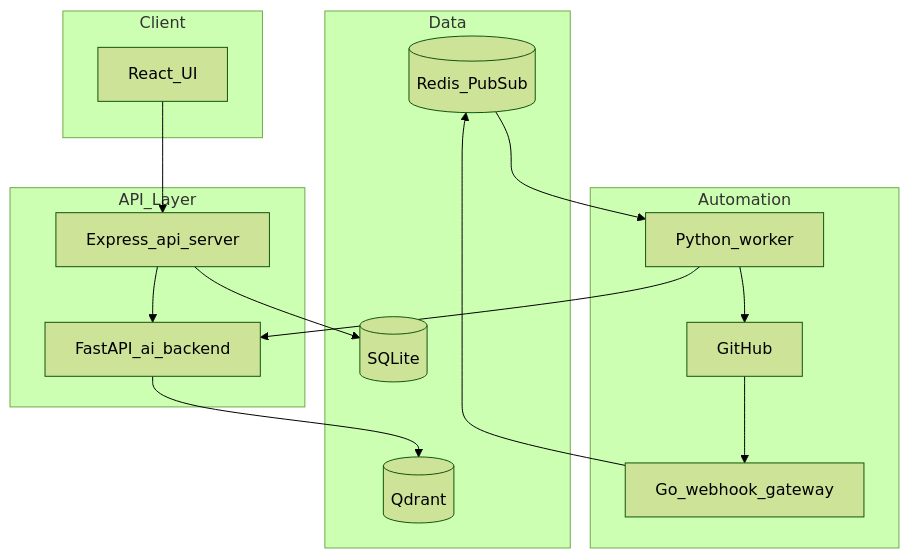
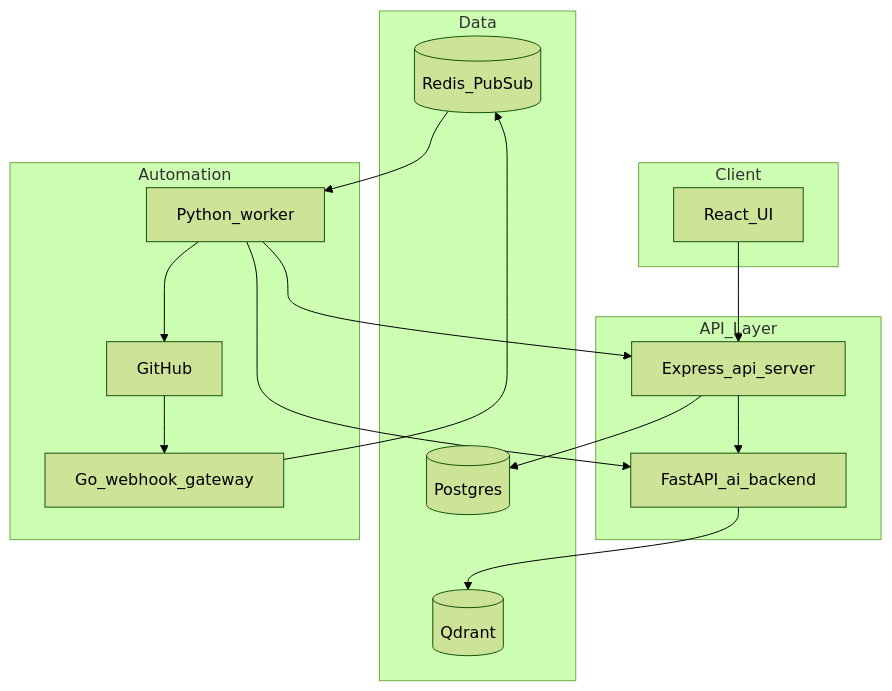
The first of 3 diagrams in ARCHITECTURE.md (shashank3876/Dev-Mind), drawn with Mermaid (forest theme) before and after one commit. The commit also changed other lines of this file and 34 other files, not shown here.

````diff
--- a/ARCHITECTURE.md
+++ b/ARCHITECTURE.md
@@ -7,28 +7,29 @@
 ```mermaid
 flowchart TB
   subgraph client [Client]
     React[React_UI]
   end
   subgraph api [API_Layer]
     Express[Express_api_server]
     FastAPI[FastAPI_ai_backend]
   end
   subgraph data [Data]
-    SQLite[(SQLite)]
+    Postgres[(Postgres)]
     Qdrant[(Qdrant)]
     Redis[(Redis_PubSub)]
   end
   subgraph automation [Automation]
     Gateway[Go_webhook_gateway]
     Worker[Python_worker]
     GitHub[GitHub]
   end
 
   React --> Express
   Express --> FastAPI
-  Express --> SQLite
+  Express --> Postgres
   FastAPI --> Qdrant
   GitHub --> Gateway --> Redis --> Worker
   Worker --> GitHub
   Worker --> FastAPI
+  Worker --> Express
 ```
````
